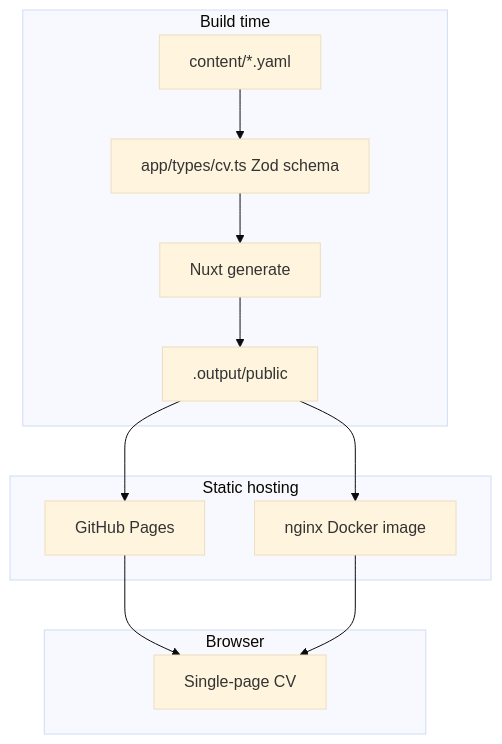
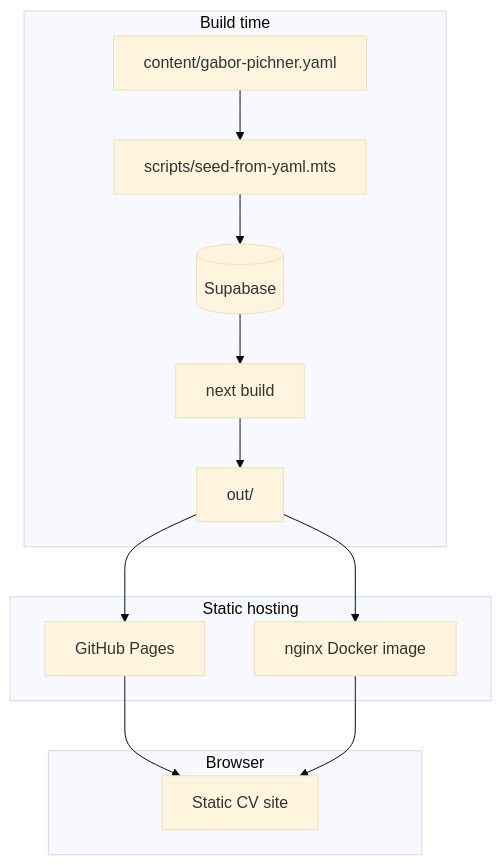
The first of 3 diagrams in docs/.ai/architecture.md (95gabor/cv), drawn with Mermaid (base theme) before and after one commit. The commit also changed other lines of this file and 153 other files, not shown here.

First line of the commit message:
feat!: rewrite CV site on Next.js, Supabase, and pnpm (#148)

````diff
--- a/docs/.ai/architecture.md
+++ b/docs/.ai/architecture.md
@@ -5,21 +5,22 @@
 ```mermaid
 flowchart TB
     subgraph build [Build time]
-        YAML[content/*.yaml]
-        Zod[app/types/cv.ts Zod schema]
-        Nuxt[Nuxt generate]
-        YAML --> Zod
-        Zod --> Nuxt
-        Nuxt --> Static[.output/public]
+        YAML[content/gabor-pichner.yaml]
+        Seed[scripts/seed-from-yaml.mts]
+        SB[(Supabase)]
+        Next[next build]
+        YAML --> Seed --> SB
+        SB --> Next
+        Next --> Static[out/]
     end
 
     subgraph runtime [Static hosting]
         Static --> GH[GitHub Pages]
         Static --> Docker[nginx Docker image]
     end
 
     subgraph client [Browser]
-        GH --> SPA[Single-page CV]
-        Docker --> SPA
+        GH --> Site[Static CV site]
+        Docker --> Site
     end
 ```
````
